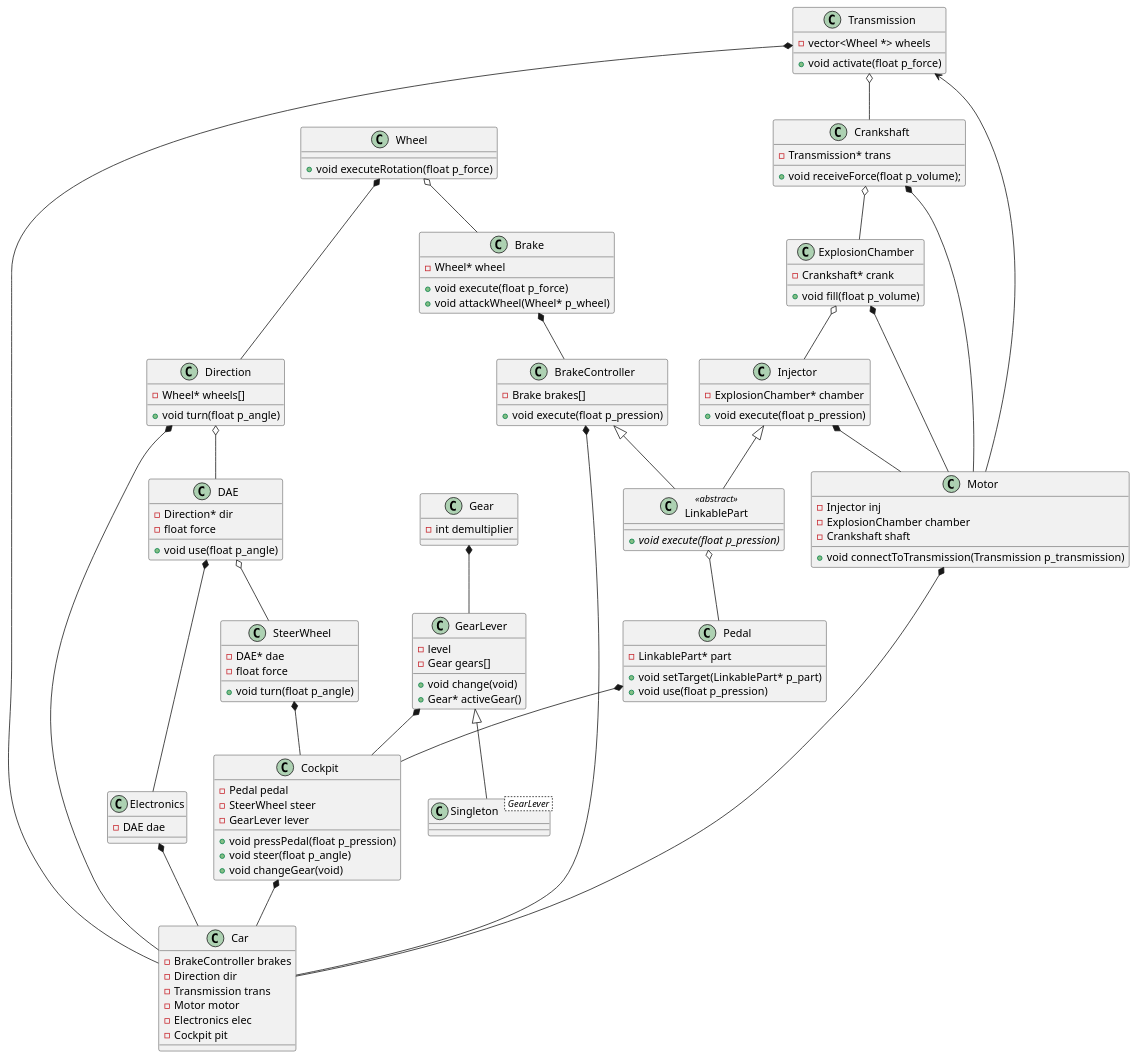
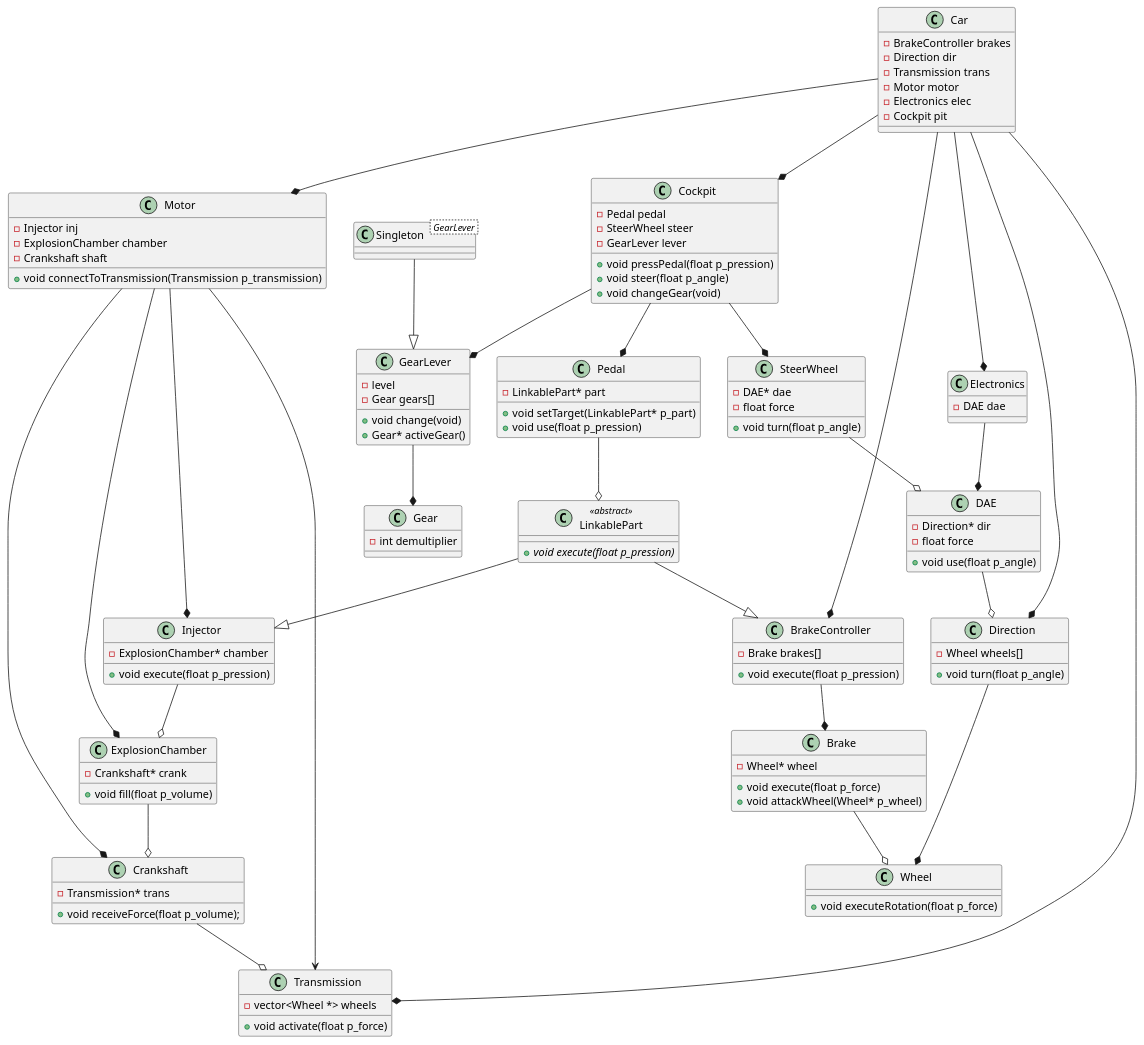
Before and after one commit to elleagn/piscine-object: the diagram in 02/subject.puml, drawn with PlantUML.

Commit message:
Improve layout

```diff
--- a/02/subject.puml
+++ b/02/subject.puml
@@ -1,151 +1,150 @@
 @startuml Car
 
 class LinkablePart <<abstract>> {
     {abstract} +void execute(float p_pression)
 }
+LinkablePart --|> BrakeController
+LinkablePart --|> Injector
 
 class Wheel {
     +void executeRotation(float p_force)
 }
 
 class Gear {
     -int demultiplier
 }
 
 class GearLever {
     -level
     - Gear gears[]
     +void change(void)
     +Gear* activeGear()
 }
+GearLever --* Gear
 
 class Singleton< GearLever > {
 
 }
+Singleton --|> GearLever
 
 class Transmission {
     -vector<Wheel *> wheels
     +void activate(float p_force)
 }
 
 class Crankshaft {
     -Transmission* trans
     +void receiveForce(float p_volume);
 }
+Crankshaft --o Transmission
+
 
 class ExplosionChamber {
     -Crankshaft* crank
     +void fill(float p_volume)
 }
+ExplosionChamber --o Crankshaft
 
 class Injector {
     -ExplosionChamber* chamber
     +void execute(float p_pression)
 }
+Injector --o ExplosionChamber
+
 
 class Motor {
     -Injector inj
     -ExplosionChamber chamber
     -Crankshaft shaft
     +void connectToTransmission(Transmission p_transmission)
 }
+Motor --* Injector
+Motor --* ExplosionChamber
+Motor --* Crankshaft
+Motor -> Transmission
+
 
 class Pedal {
     -LinkablePart* part
     +void setTarget(LinkablePart* p_part)
     +void use(float p_pression)
 }
+Pedal --o LinkablePart
+
 
 class Direction {
-    -Wheel* wheels[]
+    -Wheel wheels[]
     +void turn(float p_angle)
 }
+Direction --* Wheel
+
 
 class DAE {
     -Direction* dir
     -float force
     +void use(float p_angle)
 }
+DAE --o Direction
+
 
 class SteerWheel {
     -DAE* dae
     -float force
     +void turn(float p_angle)
 }
+SteerWheel --o DAE
+
 
 class Brake {
     -Wheel* wheel
     +void execute(float p_force)
     +void attackWheel(Wheel* p_wheel)
 }
+Brake --o Wheel
+
 
 class BrakeController {
     -Brake brakes[]
     +void execute(float p_pression)
 }
+BrakeController --* Brake
+
 
 class Cockpit {
     -Pedal pedal
     -SteerWheel steer
     -GearLever lever
     +void pressPedal(float p_pression)
     +void steer(float p_angle)
     +void changeGear(void)
 }
+Cockpit --* Pedal
+Cockpit --* SteerWheel
+Cockpit --* GearLever
+
 
 class Electronics {
     -DAE dae
 }
+Electronics --* DAE
+
 
 class Car {
     -BrakeController brakes
     -Direction dir
     -Transmission trans
     -Motor motor
     -Electronics elec
     -Cockpit pit
 }
+Car --* BrakeController
+Car --* Direction
+Car --* Transmission
+Car --* Motor
+Car --* Electronics
+Car --* Cockpit
 
-BrakeController <|-- LinkablePart
-Injector <|-- LinkablePart
-GearLever <|-- Singleton
 
-BrakeController *-- Car
-Direction *-- Car
-Transmission *-- Car
-Motor *-- Car
-Electronics *-- Car
-Cockpit *-- Car
 
-DAE *-- Electronics
-
-Pedal *-- Cockpit
-SteerWheel *-- Cockpit
-GearLever *-- Cockpit
-
-Brake *-- BrakeController
-
-Wheel o-- Brake
-
-DAE o-- SteerWheel
-
-Direction o-- DAE
-
-Wheel *-- Direction
-
-LinkablePart o-- Pedal
-
-Injector *-- Motor
-ExplosionChamber *-- Motor
-Crankshaft *-- Motor
-Motor --> Transmission
-
-ExplosionChamber o-- Injector
-
-Crankshaft o-- ExplosionChamber
-
-Transmission o-- Crankshaft
-
-Gear *-- GearLever
 
 @enduml
```
